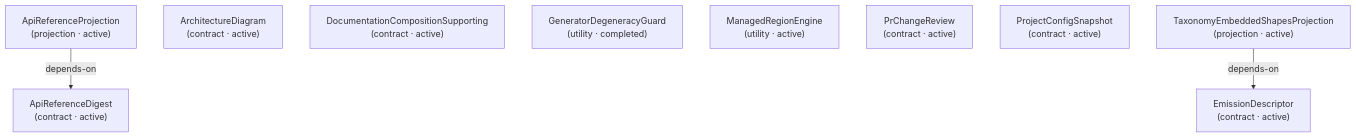
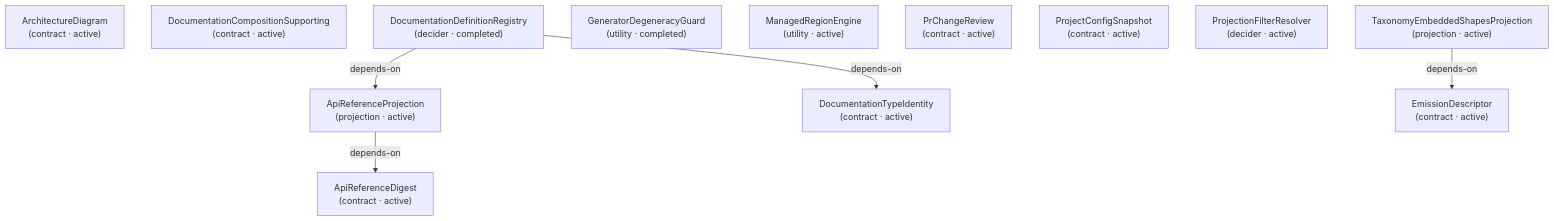
Before and after one commit to libar-dev/architect: the seventh of 25 diagrams in docs-live/DESIGN-REVIEW.md, drawn with Mermaid. The commit also changed other lines of this file and 21 other files, not shown here.

First line of the commit message:
docs(live): regenerate docs-live from the reshaped graph

````diff
--- a/docs-live/DESIGN-REVIEW.md
+++ b/docs-live/DESIGN-REVIEW.md
@@ -157,15 +232,20 @@
 ```mermaid
 graph TD
   apireferencedigest["ApiReferenceDigest<br/>(contract · active)"]
   apireferenceprojection["ApiReferenceProjection<br/>(projection · active)"]
   architecturediagram["ArchitectureDiagram<br/>(contract · active)"]
   documentationcompositionsupporting["DocumentationCompositionSupporting<br/>(contract · active)"]
+  documentationdefinitionregistry["DocumentationDefinitionRegistry<br/>(decider · completed)"]
+  documentationtypeidentity["DocumentationTypeIdentity<br/>(contract · active)"]
   emissiondescriptor["EmissionDescriptor<br/>(contract · active)"]
   generatordegeneracyguard["GeneratorDegeneracyGuard<br/>(utility · completed)"]
   managedregionengine["ManagedRegionEngine<br/>(utility · active)"]
   prchangereview["PrChangeReview<br/>(contract · active)"]
   projectconfigsnapshot["ProjectConfigSnapshot<br/>(contract · active)"]
+  projectionfilterresolver["ProjectionFilterResolver<br/>(decider · active)"]
   taxonomyembeddedshapesprojection["TaxonomyEmbeddedShapesProjection<br/>(projection · active)"]
   apireferenceprojection -->|depends-on| apireferencedigest
+  documentationdefinitionregistry -->|depends-on| apireferenceprojection
+  documentationdefinitionregistry -->|depends-on| documentationtypeidentity
   taxonomyembeddedshapesprojection -->|depends-on| emissiondescriptor
 ```
````
